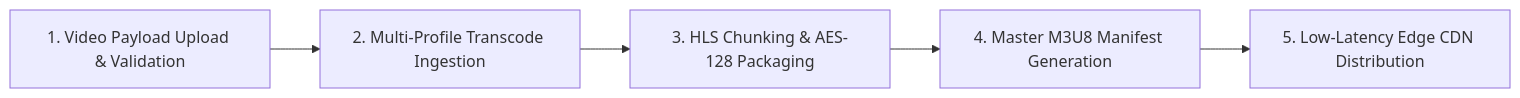
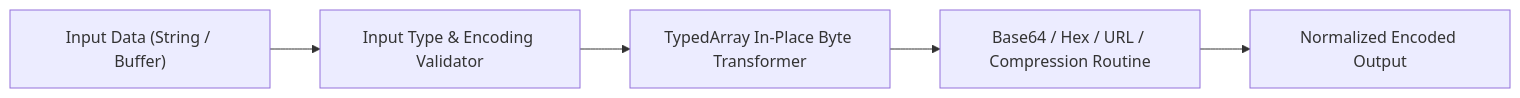
One commit to Tharun4743/Encodr-lite-take-home changed the diagram in README.md. Above: the diagram before and after it, drawn with Mermaid. The commit also changed other lines of this file and 3 other files, not shown here.

````diff
--- a/README.md
+++ b/README.md
@@ -75,7 +38,7 @@
 ```mermaid
 flowchart LR
-    A["1. Video Payload Upload & Validation"] --> B["2. Multi-Profile Transcode Ingestion"]
-    B --> C["3. HLS Chunking & AES-128 Packaging"]
-    C --> D["4. Master M3U8 Manifest Generation"]
-    D --> E["5. Low-Latency Edge CDN Distribution"]
+    Input["Input Data (String / Buffer)"] --> TypeValidator["Input Type & Encoding Validator"]
+    TypeValidator --> FastPath["TypedArray In-Place Byte Transformer"]
+    FastPath --> Encoder["Base64 / Hex / URL / Compression Routine"]
+    Encoder --> Output["Normalized Encoded Output"]
 ```
````
